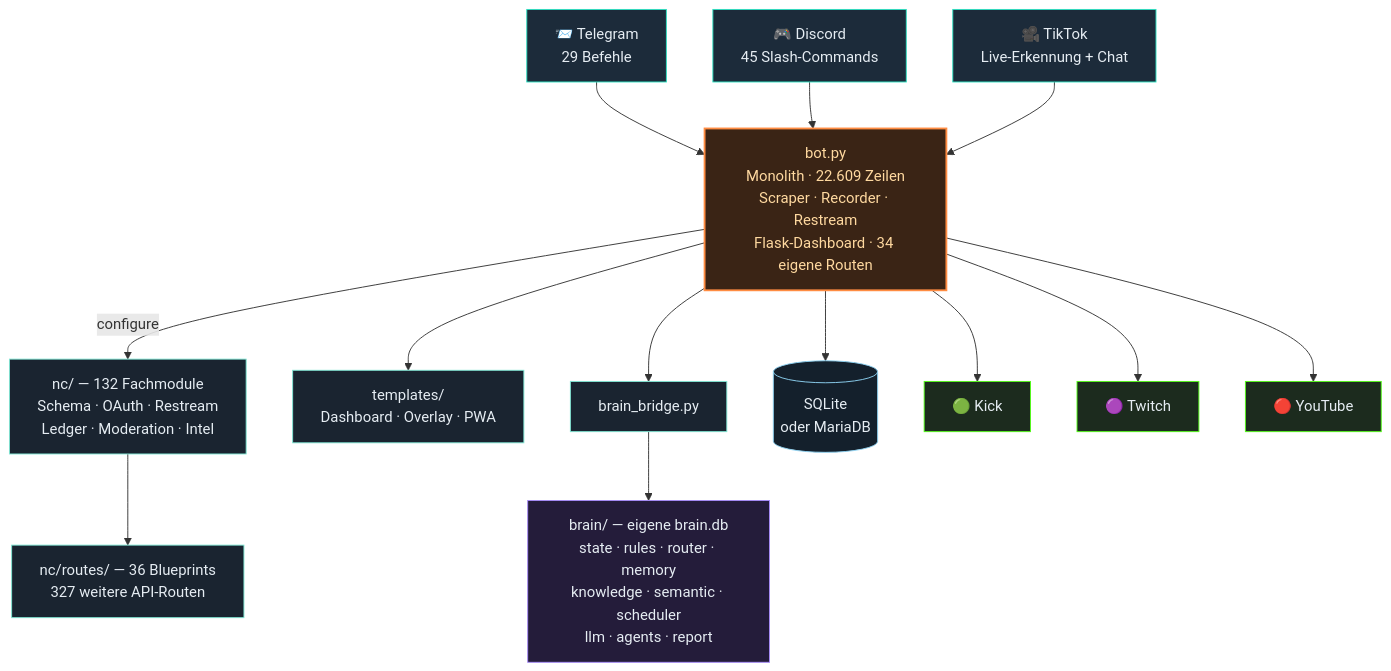
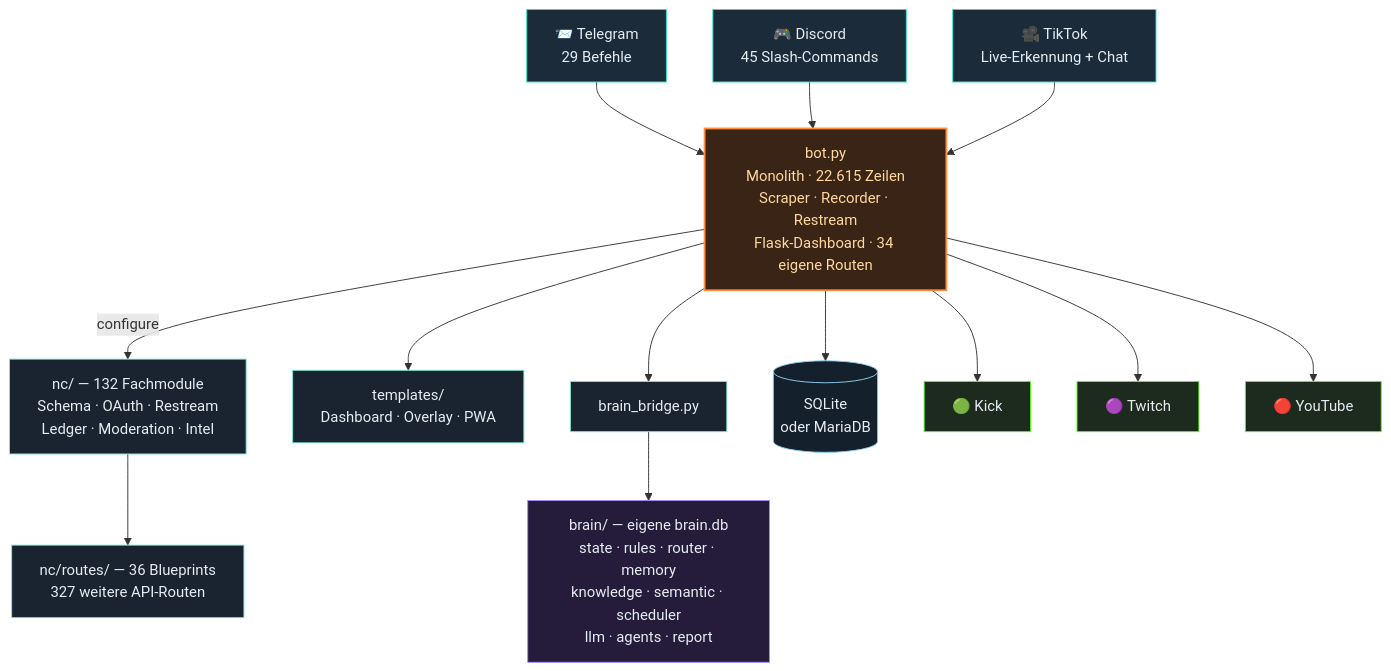
Before and after one commit to itsamemedev/Telegram-Stream-Info-Bot: the third of 4 diagrams in README.md, drawn with Mermaid. The commit also changed other lines of this file and 7 other files, not shown here.

````diff
--- a/README.md
+++ b/README.md
@@ -189,30 +189,30 @@
 ```mermaid
 flowchart TB
     TG["📨 Telegram<br/>29 Befehle"]:::ein
     DC["🎮 Discord<br/>45 Slash-Commands"]:::ein
     TT["🎥 TikTok<br/>Live-Erkennung + Chat"]:::ein
 
     TG --> BOT
     DC --> BOT
     TT --> BOT
 
-    BOT["bot.py<br/>Monolith · 22.609 Zeilen<br/>Scraper · Recorder · Restream<br/>Flask-Dashboard · 34 eigene Routen"]:::core
+    BOT["bot.py<br/>Monolith · 22.615 Zeilen<br/>Scraper · Recorder · Restream<br/>Flask-Dashboard · 34 eigene Routen"]:::core
 
     BOT -->|configure| NC["nc/ — 132 Fachmodule<br/>Schema · OAuth · Restream<br/>Ledger · Moderation · Intel"]:::lib
     NC --> RT["nc/routes/ — 36 Blueprints<br/>327 weitere API-Routen"]:::lib
     BOT --> TPL["templates/<br/>Dashboard · Overlay · PWA"]:::lib
     BOT --> BR["brain_bridge.py"]:::lib
     BR --> BRAIN["brain/ — eigene brain.db<br/>state · rules · router · memory<br/>knowledge · semantic · scheduler<br/>llm · agents · report"]:::brain
     BOT --> DB[("SQLite<br/>oder MariaDB")]:::db
 
     BOT --> KICK["🟢 Kick"]:::out
     BOT --> TW["🟣 Twitch"]:::out
     BOT --> YT["🔴 YouTube"]:::out
 
     classDef ein fill:#1c2b3a,stroke:#2de1c2,color:#e6edf3
     classDef core fill:#3a2415,stroke:#ff8c42,stroke-width:2px,color:#ffd9a0
     classDef lib fill:#1a2430,stroke:#7fe7d4,color:#e6edf3
     classDef brain fill:#241c3a,stroke:#a78bfa,color:#e6edf3
     classDef db fill:#14202c,stroke:#8fd3f4,color:#e6edf3
     classDef out fill:#1c2b1e,stroke:#53fc18,color:#e6edf3
 ```
````
